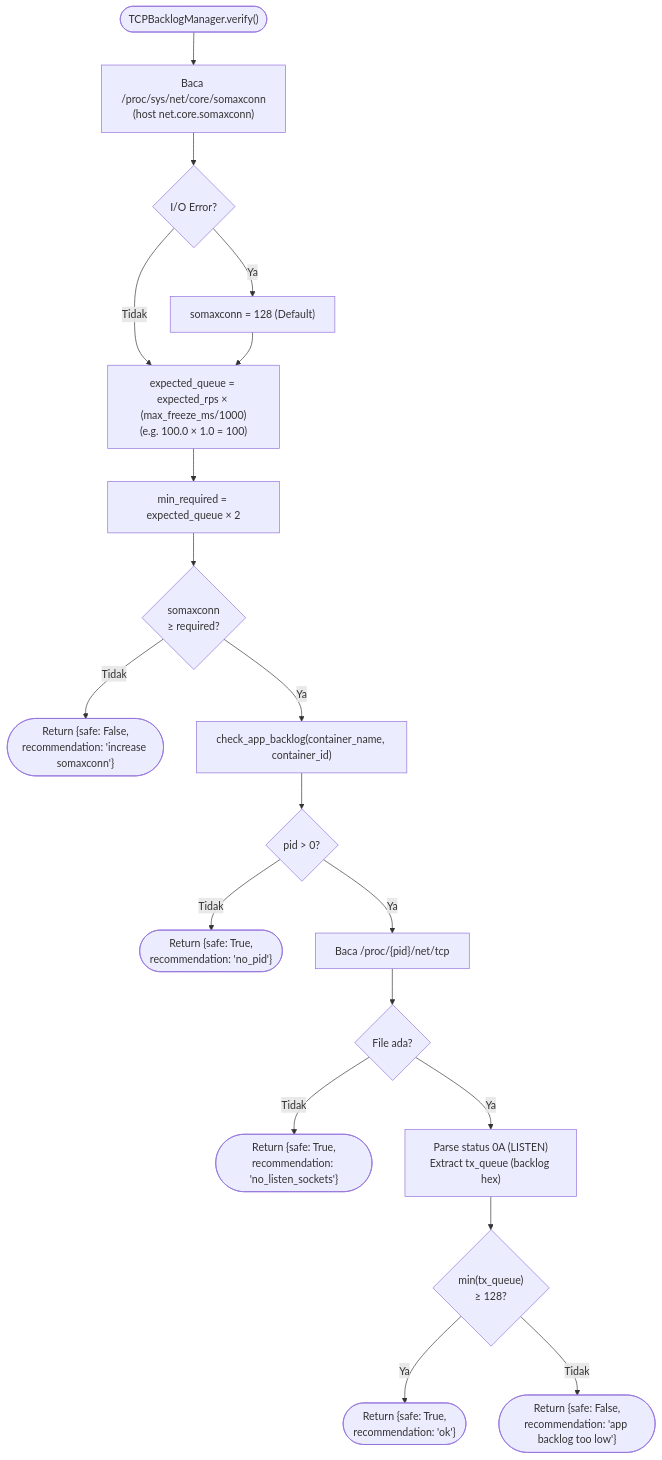
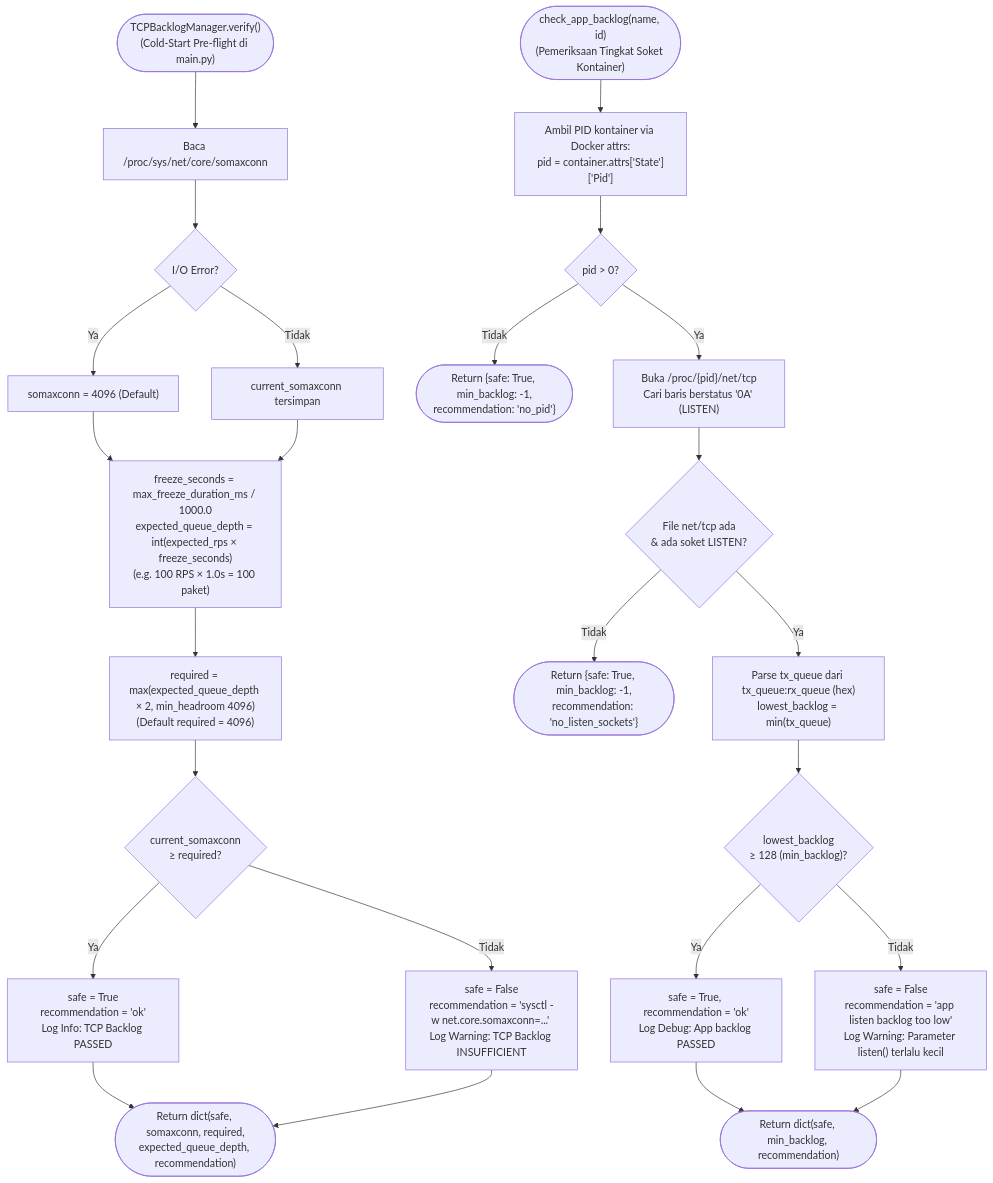
The first of 2 diagrams in architecture-diagrams/layer-4-shaper/03_tcp_backlog.md (fauzanreza/green-container-framework), drawn with Mermaid before and after one commit. The commit also changed other lines of this file and 18 other files, not shown here.

````diff
--- a/architecture-diagrams/layer-4-shaper/03_tcp_backlog.md
+++ b/architecture-diagrams/layer-4-shaper/03_tcp_backlog.md
@@ -9,51 +11,67 @@
 ```mermaid
 flowchart TD
-    START(["TCPBacklogManager.verify()"])
+    START_VERIFY(["TCPBacklogManager.verify()<br/>(Cold-Start Pre-flight di main.py)"])
 
-    READ_SYSCTL["Baca /proc/sys/net/core/somaxconn<br/>(host net.core.somaxconn)"]
-    SYSCTL_ERR{"I/O Error?"}
-    FALLBACK_SYSCTL["somaxconn = 128 (Default)"]
+    READ_SOMAX["Baca /proc/sys/net/core/somaxconn"]
+    READ_ERR{"I/O Error?"}
+    FALLBACK_SOMAX["somaxconn = 4096 (Default)"]
+    SOMAX_VAL["current_somaxconn tersimpan"]
 
-    CALC_EXPECTED["expected_queue = expected_rps × (max_freeze_ms/1000)<br/>(e.g. 100.0 × 1.0 = 100)"]
-    CALC_MIN["min_required = expected_queue × 2"]
+    CALC_QUEUE["freeze_seconds = max_freeze_duration_ms / 1000.0<br/>expected_queue_depth = int(expected_rps × freeze_seconds)<br/>(e.g. 100 RPS × 1.0s = 100 paket)"]
 
-    COMPARE1{"somaxconn<br/>≥ required?"}
-    HOST_LOW(["Return {safe: False,<br/>recommendation: 'increase somaxconn'}"])
+    CALC_REQ["required = max(expected_queue_depth × 2, min_headroom 4096)<br/>(Default required = 4096)"]
 
-    GET_PID["check_app_backlog(container_name, container_id)"]
-    PID_ERR{"pid > 0?"}
-    NO_PID(["Return {safe: True,<br/>recommendation: 'no_pid'}"])
+    COMPARE_HOST{"current_somaxconn<br/>≥ required?"}
+    HOST_SAFE["safe = True<br/>recommendation = 'ok'<br/>Log Info: TCP Backlog PASSED"]
+    HOST_UNSAFE["safe = False<br/>recommendation = 'sysctl -w net.core.somaxconn=...' <br/>Log Warning: TCP Backlog INSUFFICIENT"]
 
-    READ_PROC["Baca /proc/{pid}/net/tcp"]
-    PROC_ERR{"File ada?"}
-    NO_PROC(["Return {safe: True,<br/>recommendation: 'no_listen_sockets'}"])
+    RETURN_HOST(["Return dict(safe, somaxconn, required,<br/>expected_queue_depth, recommendation)"])
 
-    PARSE["Parse status 0A (LISTEN)<br/>Extract tx_queue (backlog hex)"]
+    START_APP(["check_app_backlog(name, id)<br/>(Pemeriksaan Tingkat Soket Kontainer)"])
 
-    COMPARE2{"min(tx_queue)<br/>≥ 128?"}
-    APP_LOW(["Return {safe: False,<br/>recommendation: 'app backlog too low'}"])
-    APP_OK(["Return {safe: True,<br/>recommendation: 'ok'}"])
+    GET_PID["Ambil PID kontainer via Docker attrs:<br/>pid = container.attrs['State']['Pid']"]
+    CHECK_PID{"pid &gt; 0?"}
+    PID_NOT_FOUND(["Return {safe: True, min_backlog: -1,<br/>recommendation: 'no_pid'}"])
 
-    START --> READ_SYSCTL
-    READ_SYSCTL --> SYSCTL_ERR
-    SYSCTL_ERR -->|Ya| FALLBACK_SYSCTL
-    SYSCTL_ERR -->|Tidak| CALC_EXPECTED
-    FALLBACK_SYSCTL --> CALC_EXPECTED
+    READ_TCP["Buka /proc/{pid}/net/tcp<br/>Cari baris berstatus '0A' (LISTEN)"]
+    TCP_EXISTS{"File net/tcp ada<br/>& ada soket LISTEN?"}
+    NO_SOCKETS(["Return {safe: True, min_backlog: -1,<br/>recommendation: 'no_listen_sockets'}"])
 
-    CALC_EXPECTED --> CALC_MIN
-    CALC_MIN --> COMPARE1
-    COMPARE1 -->|Tidak| HOST_LOW
-    COMPARE1 -->|Ya| GET_PID
+    PARSE_QUEUE["Parse tx_queue dari tx_queue:rx_queue (hex)<br/>lowest_backlog = min(tx_queue)"]
 
-    GET_PID --> PID_ERR
-    PID_ERR -->|Tidak| NO_PID
-    PID_ERR -->|Ya| READ_PROC
+    CHECK_APP_SAFE{"lowest_backlog<br/>≥ 128 (min_backlog)?"}
+    APP_SAFE["safe = True, recommendation = 'ok'<br/>Log Debug: App backlog PASSED"]
+    APP_UNSAFE["safe = False<br/>recommendation = 'app listen backlog too low'<br/>Log Warning: Parameter listen() terlalu kecil"]
 
-    READ_PROC --> PROC_ERR
-    PROC_ERR -->|Tidak| NO_PROC
-    PROC_ERR -->|Ya| PARSE
+    RETURN_APP(["Return dict(safe, min_backlog, recommendation)"])
 
-    PARSE --> COMPARE2
-    COMPARE2 -->|Ya| APP_OK
-    COMPARE2 -->|Tidak| APP_LOW
+    START_VERIFY --> READ_SOMAX
+    READ_SOMAX --> READ_ERR
+    READ_ERR -->|Ya| FALLBACK_SOMAX
+    READ_ERR -->|Tidak| SOMAX_VAL
+    FALLBACK_SOMAX --> CALC_QUEUE
+    SOMAX_VAL --> CALC_QUEUE
+
+    CALC_QUEUE --> CALC_REQ
+    CALC_REQ --> COMPARE_HOST
+
+    COMPARE_HOST -->|Ya| HOST_SAFE
+    COMPARE_HOST -->|Tidak| HOST_UNSAFE
+    HOST_SAFE --> RETURN_HOST
+    HOST_UNSAFE --> RETURN_HOST
+
+    START_APP --> GET_PID
+    GET_PID --> CHECK_PID
+    CHECK_PID -->|Tidak| PID_NOT_FOUND
+    CHECK_PID -->|Ya| READ_TCP
+
+    READ_TCP --> TCP_EXISTS
+    TCP_EXISTS -->|Tidak| NO_SOCKETS
+    TCP_EXISTS -->|Ya| PARSE_QUEUE
+
+    PARSE_QUEUE --> CHECK_APP_SAFE
+    CHECK_APP_SAFE -->|Ya| APP_SAFE
+    CHECK_APP_SAFE -->|Tidak| APP_UNSAFE
+    APP_SAFE --> RETURN_APP
+    APP_UNSAFE --> RETURN_APP
 ```
````
